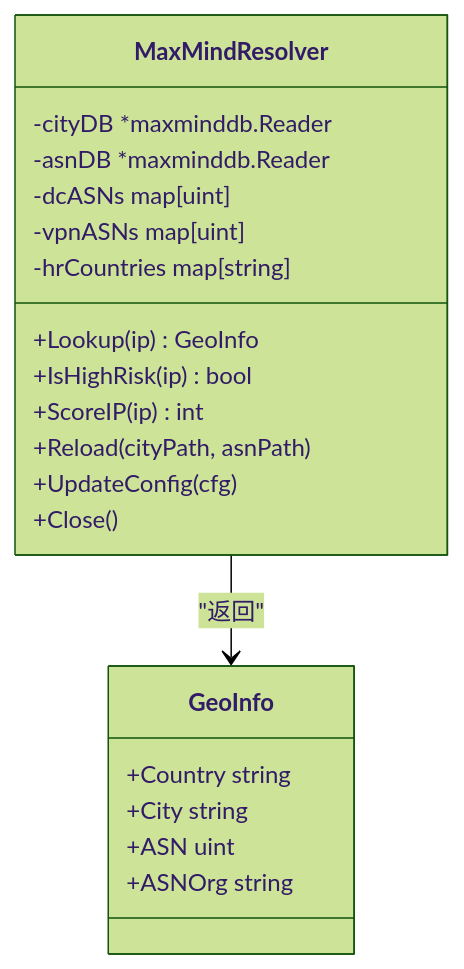
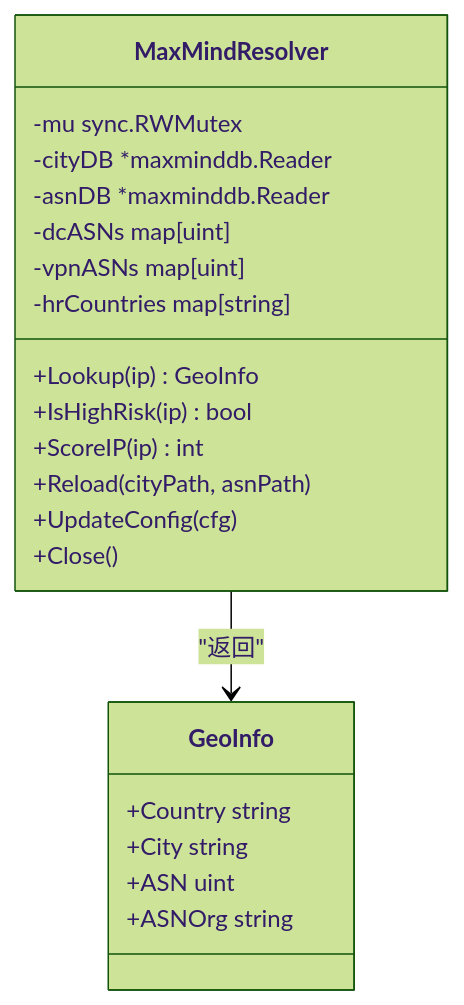
One commit to x01n/My-OpenWaf changed the fourth of 6 diagrams in docs/安全机制/客户端 IP 获取.md. Above: the diagram before and after it, drawn with Mermaid (forest theme). The commit also changed other lines of this file and 199 other files, not shown here.

````diff
--- a/docs/安全机制/客户端 IP 获取.md
+++ b/docs/安全机制/客户端 IP 获取.md
@@ -195,23 +196,24 @@
 ```mermaid
 classDiagram
 class MaxMindResolver {
+-mu sync.RWMutex
 -cityDB *maxminddb.Reader
 -asnDB *maxminddb.Reader
 -dcASNs map[uint]
 -vpnASNs map[uint]
 -hrCountries map[string]
 +Lookup(ip) GeoInfo
 +IsHighRisk(ip) bool
 +ScoreIP(ip) int
 +Reload(cityPath, asnPath)
 +UpdateConfig(cfg)
 +Close()
 }
 class GeoInfo {
 +Country string
 +City string
 +ASN uint
 +ASNOrg string
 }
 MaxMindResolver --> GeoInfo : "返回"
 ```
````
